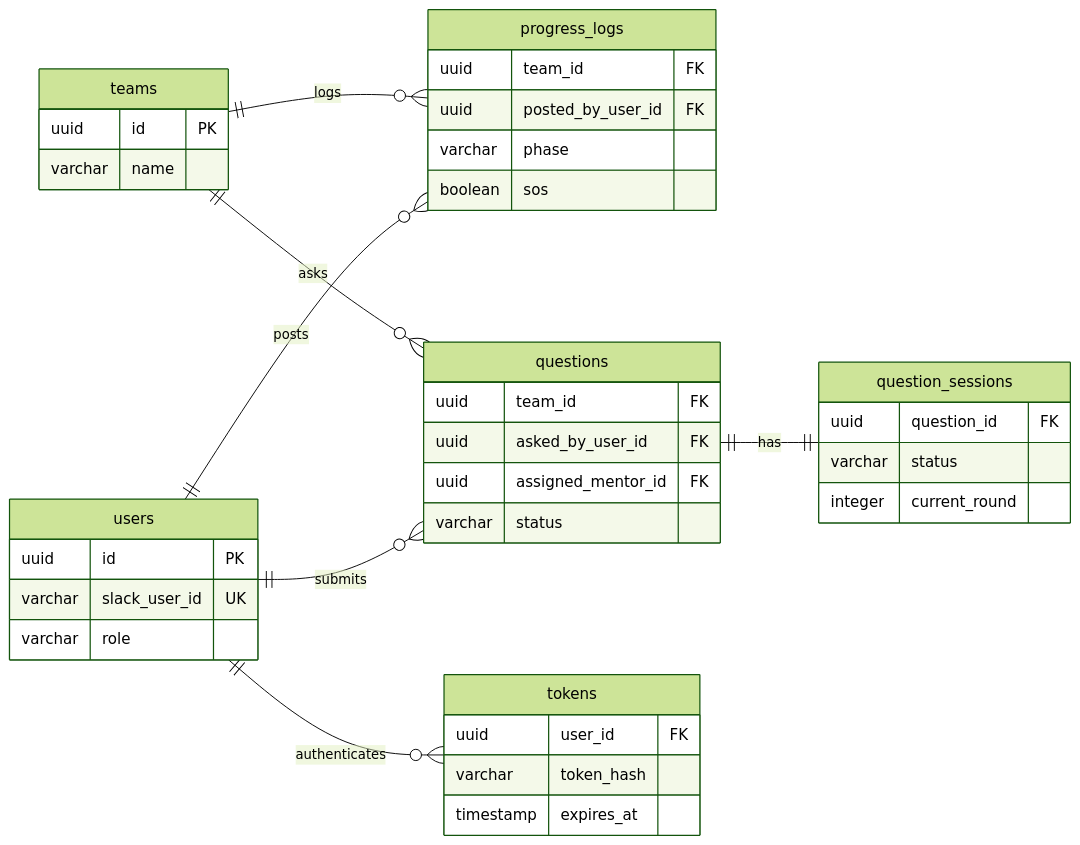
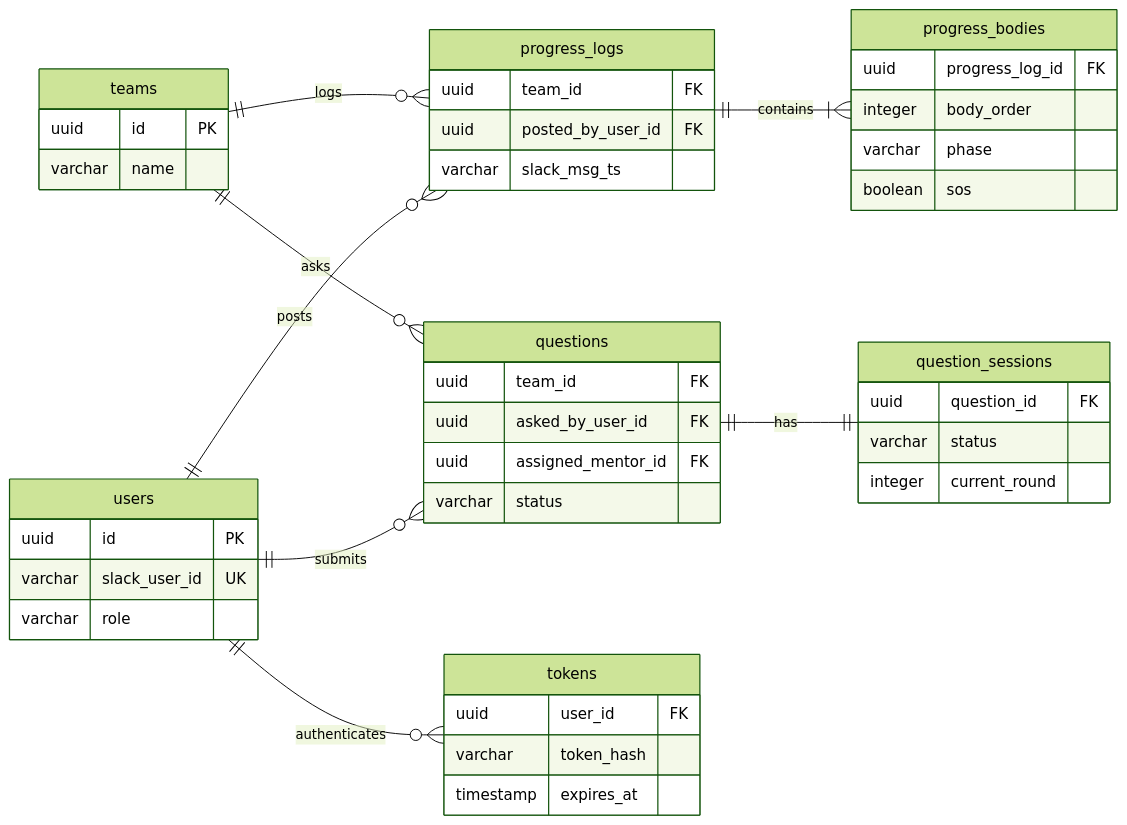
Before and after one commit to Asheze1127/progress-checker: the second of 2 diagrams in docs/details/05_erd.md, drawn with Mermaid (forest theme). The commit also changed other lines of this file and 7 other files, not shown here.

````diff
--- a/docs/details/05_erd.md
+++ b/docs/details/05_erd.md
@@ -83,48 +84,55 @@
 ```mermaid
 erDiagram
     direction LR
 
     users {
         uuid id PK
         varchar slack_user_id UK
         varchar role
     }
 
     teams {
         uuid id PK
         varchar name
     }
 
     progress_logs {
         uuid team_id FK
         uuid posted_by_user_id FK
+        varchar slack_msg_ts
+    }
+
+    progress_bodies {
+        uuid progress_log_id FK
+        integer body_order
         varchar phase
         boolean sos
     }
 
     questions {
         uuid team_id FK
         uuid asked_by_user_id FK
         uuid assigned_mentor_id FK
         varchar status
     }
 
     question_sessions {
         uuid question_id FK
         varchar status
         integer current_round
     }
 
     tokens {
         uuid user_id FK
         varchar token_hash
         timestamp expires_at
     }
 
     teams ||--o{ progress_logs : logs
     users ||--o{ progress_logs : posts
+    progress_logs ||--|{ progress_bodies : contains
     teams ||--o{ questions : asks
     users ||--o{ questions : submits
     questions ||--|| question_sessions : has
     users ||--o{ tokens : authenticates
 ```
````
